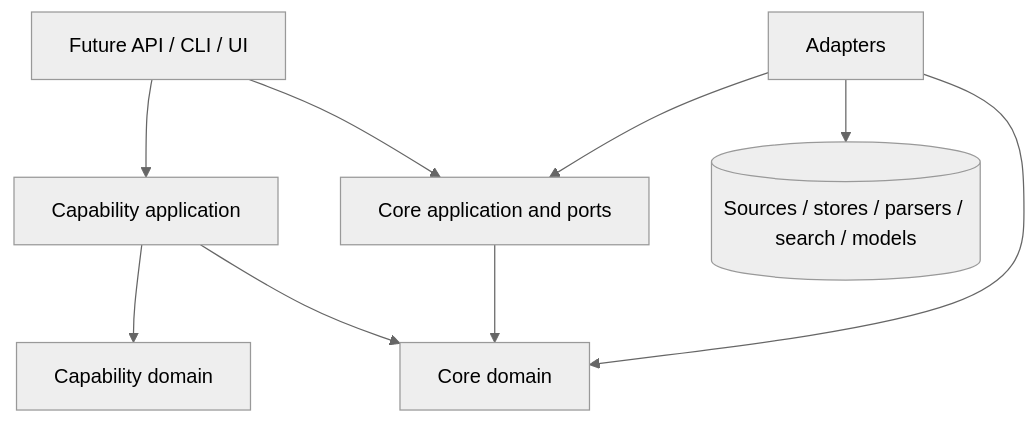
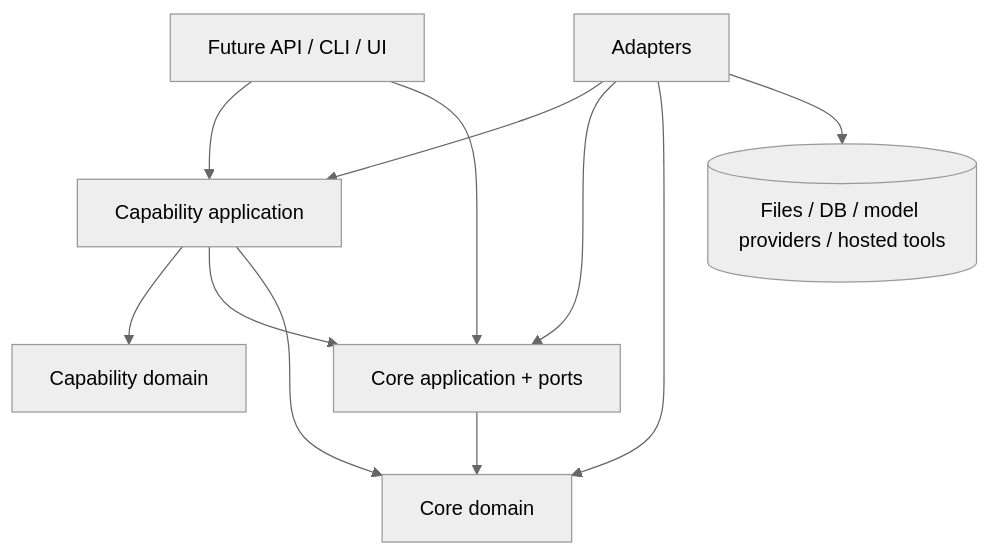
Before and after one commit to kumarchandansingh/tropos: the second of 6 diagrams in docs/architecture/ARCHITECTURE_OVERVIEW.md, drawn with Mermaid (neutral theme). The commit also changed other lines of this file and 16 other files, not shown here.

First line of the commit message:
docs: reconcile Tropos product architecture and decision history (#69)

````diff
--- a/docs/architecture/ARCHITECTURE_OVERVIEW.md
+++ b/docs/architecture/ARCHITECTURE_OVERVIEW.md
@@ -35,19 +62,21 @@
 ```mermaid
 flowchart TB
     Presentation[Future API / CLI / UI]
     CapApp[Capability application]
     CapDomain[Capability domain]
-    CoreApp[Core application and ports]
+    CoreApp[Core application + ports]
     CoreDomain[Core domain]
     Adapters[Adapters]
-    External[(Sources / stores / parsers / search / models)]
+    External[(Files / DB / model providers / hosted tools)]
 
     Presentation --> CapApp
     Presentation --> CoreApp
     CapApp --> CapDomain
+    CapApp --> CoreApp
     CapApp --> CoreDomain
     CoreApp --> CoreDomain
+    Adapters --> CapApp
     Adapters --> CoreApp
     Adapters --> CoreDomain
     Adapters --> External
 ```
````
